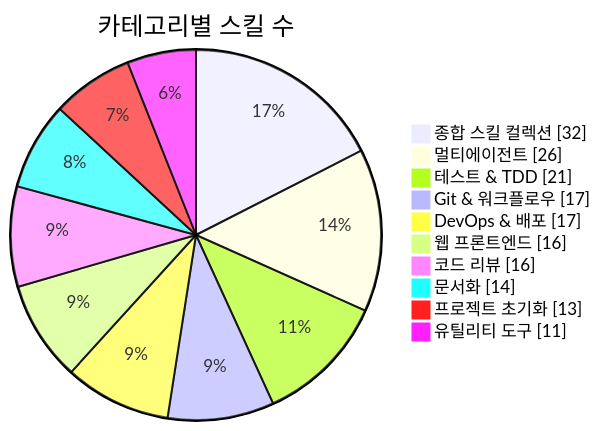
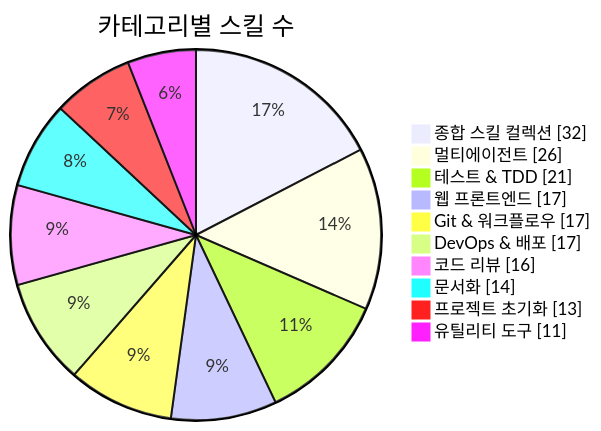
The first of 3 diagrams in README.md (J-nowcow/awesome-korean-agent-skills), drawn with Mermaid before and after one commit. The commit also changed other lines of this file and 4 other files, not shown here.

````diff
--- a/README.md
+++ b/README.md
@@ -176,14 +176,14 @@
 ```mermaid
 pie showData
     title 카테고리별 스킬 수
     "종합 스킬 컬렉션" : 32
     "멀티에이전트" : 26
     "테스트 & TDD" : 21
+    "웹 프론트엔드" : 17
     "Git & 워크플로우" : 17
     "DevOps & 배포" : 17
-    "웹 프론트엔드" : 16
     "코드 리뷰" : 16
     "문서화" : 14
     "프로젝트 초기화" : 13
     "유틸리티 도구" : 11
 ```
````
